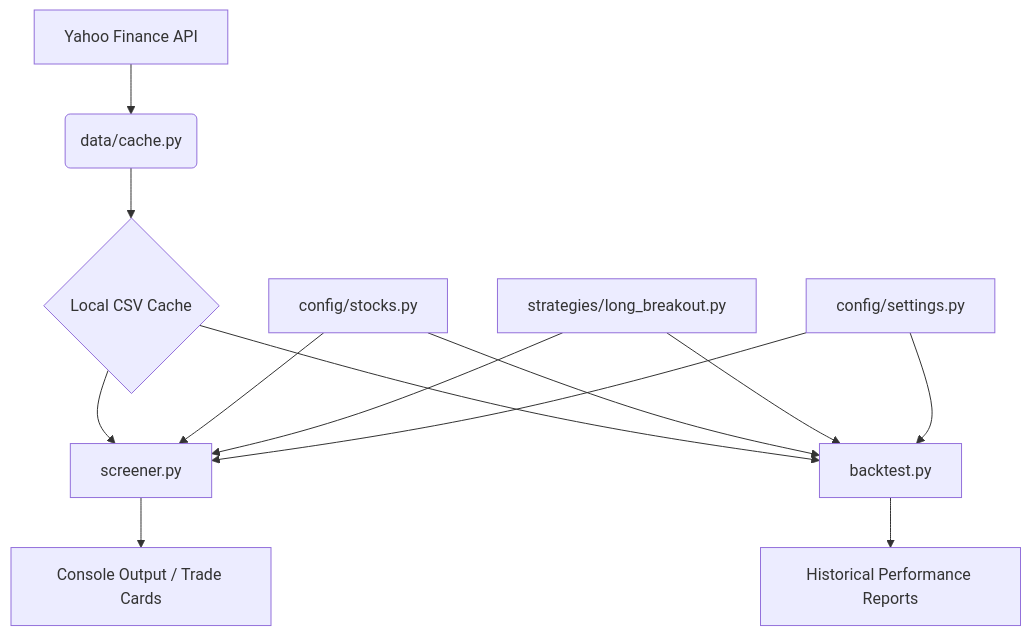
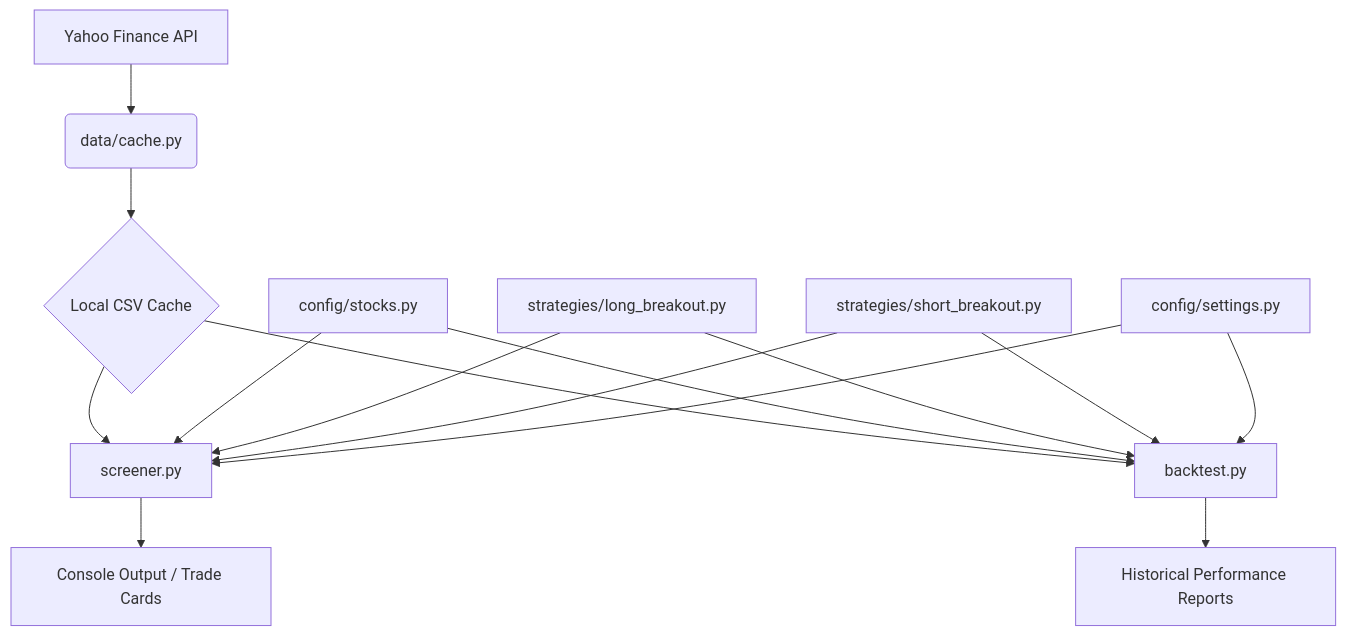
One commit to harsh1201/swing-trading-system changed the diagram in docs/architecture.md. Above: the diagram before and after it, drawn with Mermaid. The commit also changed other lines of this file and 19 other files, not shown here.

Commit message:
feat: Implement short breakout strategy and establish comprehensive unit testing for data, screener, and strategies.

````diff
--- a/docs/architecture.md
+++ b/docs/architecture.md
@@ -40,15 +40,17 @@
 ```mermaid
 graph TD
     A[Yahoo Finance API] --> B(data/cache.py)
     B --> C{Local CSV Cache}
     C --> D[screener.py]
     C --> E[backtest.py]
     F[config/stocks.py] --> D
     F --> E
     G[strategies/long_breakout.py] --> D
     G --> E
+    K[strategies/short_breakout.py] --> D
+    K --> E
     H[config/settings.py] --> D
     H --> E
     D --> I[Console Output / Trade Cards]
     E --> J[Historical Performance Reports]
 ```
````
